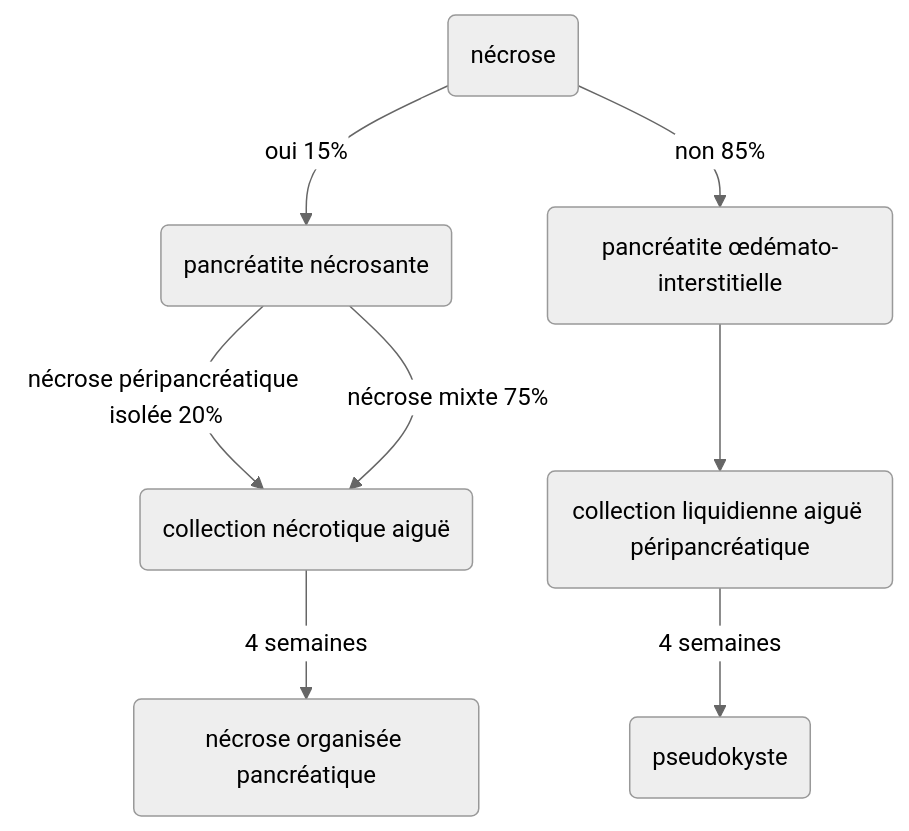
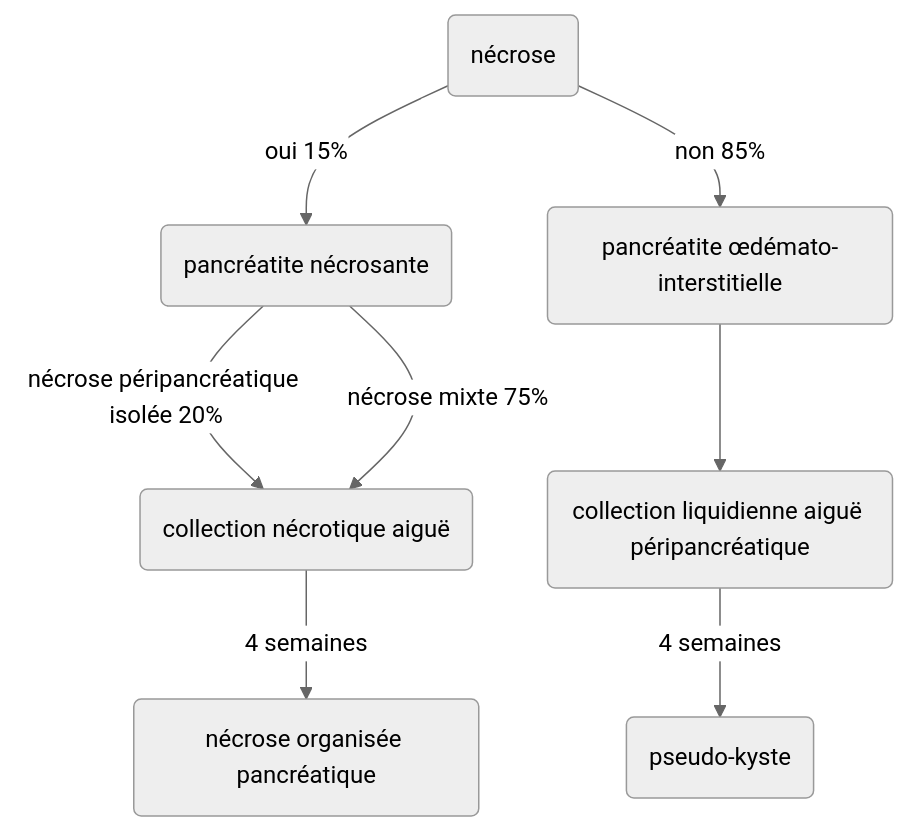
Before and after one commit to drlefevre/drlef: the first of 5 diagrams in docs/dig/pancréas.md, drawn with Mermaid (neutral theme). The commit also changed other lines of this file and 3 other files, not shown here.

````diff
--- a/docs/dig/pancréas.md
+++ b/docs/dig/pancréas.md
@@ -8,11 +8,11 @@
     ``` mermaid
     flowchart TD
         A(nécrose) -->|oui 15%| B(pancréatite nécrosante);
         B -->|nécrose péripancréatique isolée 20%| C(collection nécrotique aiguë);
         B -->|nécrose mixte 75%| C;
         C -->|4 semaines| D(nécrose organisée pancréatique);
 
         A -->|non 85%| F(pancréatite œdémato-interstitielle);
         F --> G(collection liquidienne aiguë péripancréatique);
-        G -->|4 semaines| H(pseudokyste);
+        G -->|4 semaines| H(pseudo-kyste);
     ```
````
